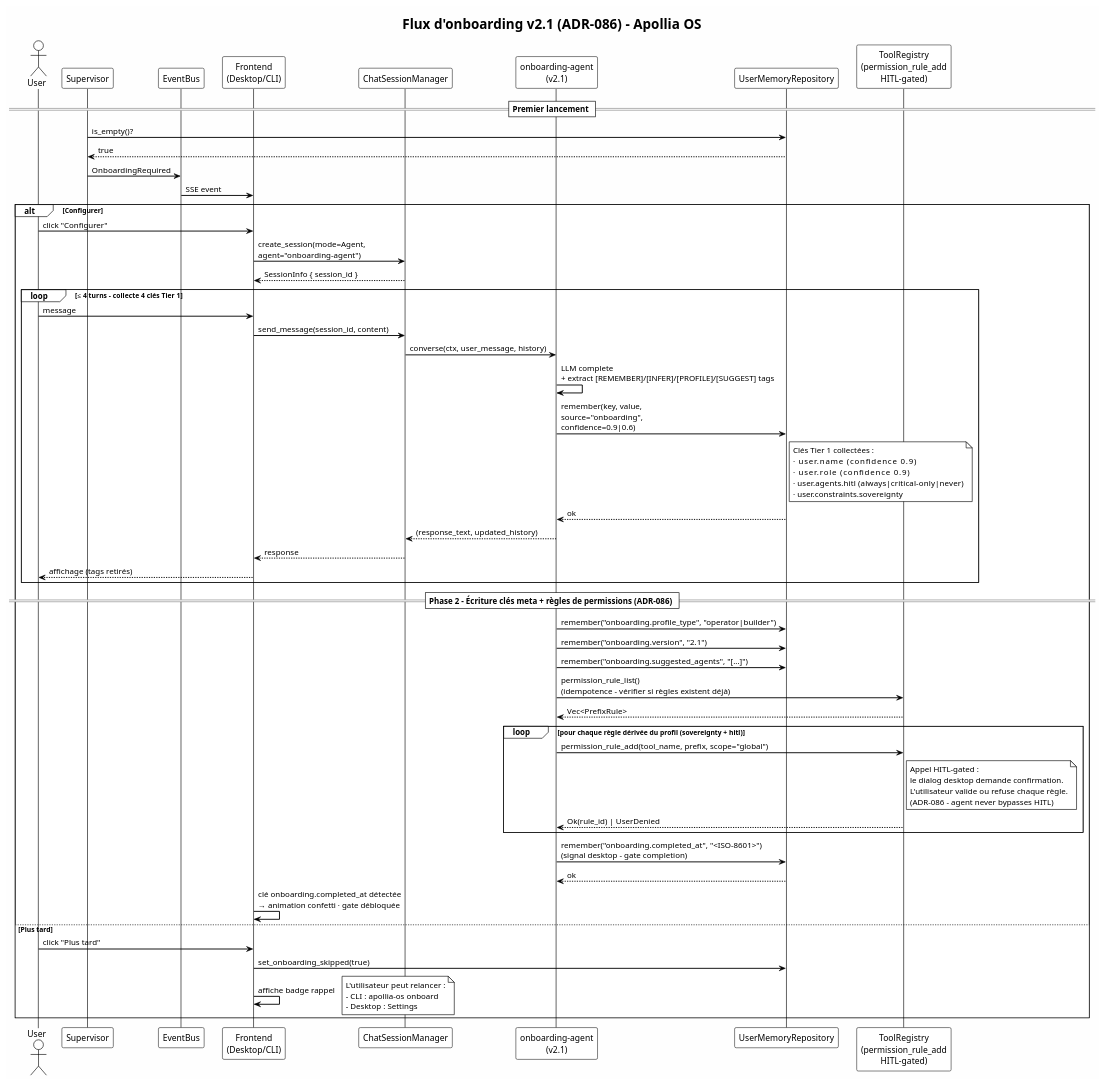
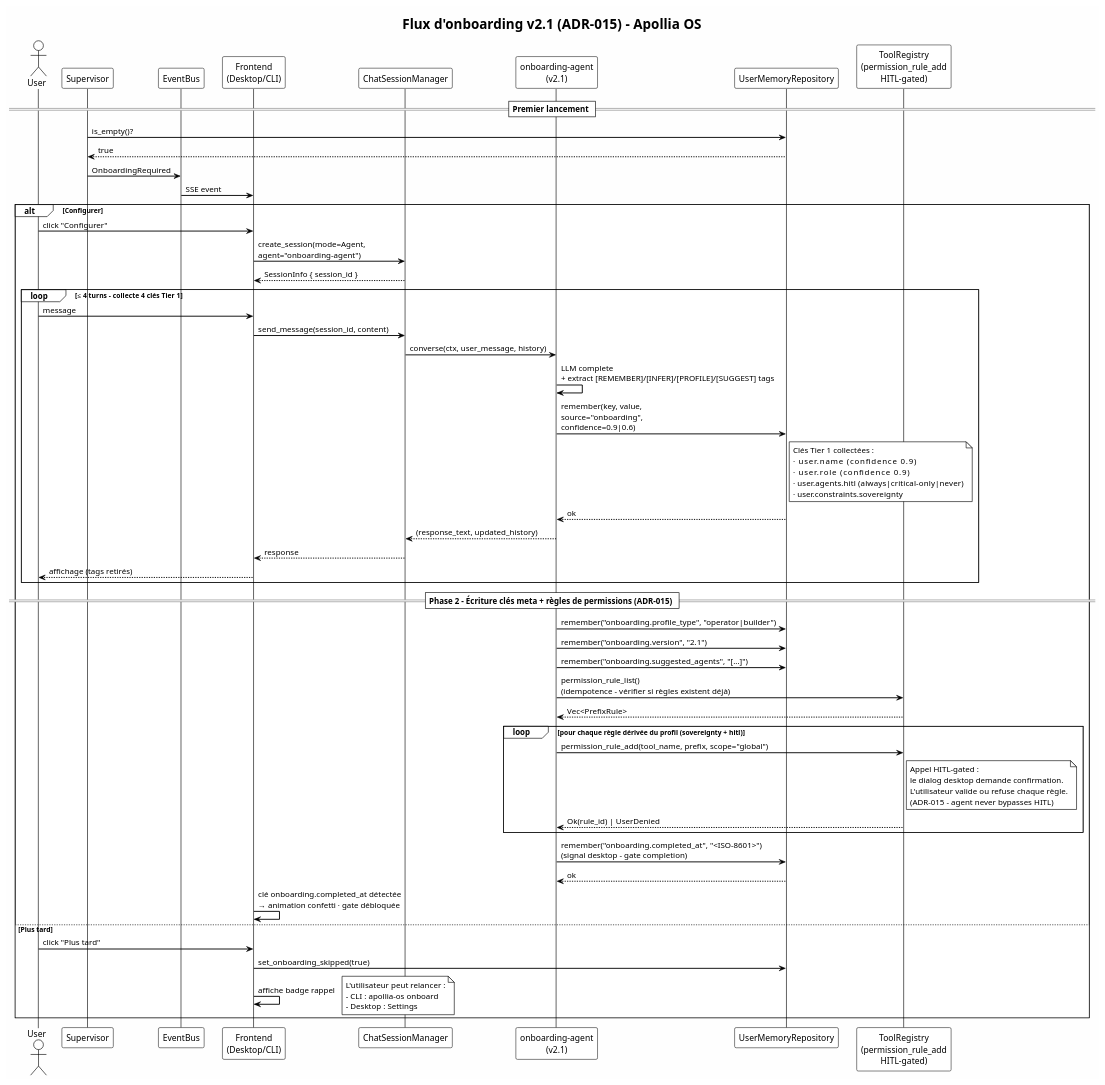
The diagram in docs/diagrams/seq-onboarding-flow.puml (nidal-z/apollia-os), drawn with PlantUML before and after one commit. The commit also changed 266 other files, not shown here.

```diff
--- a/docs/diagrams/seq-onboarding-flow.puml
+++ b/docs/diagrams/seq-onboarding-flow.puml
@@ -1,85 +1,85 @@
 @startuml seq-onboarding-flow
 !theme plain
 skinparam backgroundColor #FEFEFE
 skinparam sequenceArrowThickness 1.5
 skinparam sequenceParticipantBorderColor #333333
 
-title Flux d'onboarding v2.1 (ADR-086) - Apollia OS
+title Flux d'onboarding v2.1 (ADR-015) - Apollia OS
 
 actor User
 participant "Supervisor" as Sup
 participant "EventBus" as Bus
 participant "Frontend\n(Desktop/CLI)" as UI
 participant "ChatSessionManager" as Chat
 participant "onboarding-agent\n(v2.1)" as Agent
 participant "UserMemoryRepository" as Mem
 participant "ToolRegistry\n(permission_rule_add\nHITL-gated)" as Tools
 
 == Premier lancement ==
 
 Sup -> Mem : is_empty()?
 Mem --> Sup : true
 Sup -> Bus : OnboardingRequired
 Bus -> UI : SSE event
 
 alt Configurer
   User -> UI : click "Configurer"
   UI -> Chat : create_session(mode=Agent,\nagent="onboarding-agent")
   Chat --> UI : SessionInfo { session_id }
 
   loop ≤ 4 turns - collecte 4 clés Tier 1
     User -> UI : message
     UI -> Chat : send_message(session_id, content)
     Chat -> Agent : converse(ctx, user_message, history)
     Agent -> Agent : LLM complete\n+ extract [REMEMBER]/[INFER]/[PROFILE]/[SUGGEST] tags
     Agent -> Mem : remember(key, value,\nsource="onboarding",\nconfidence=0.9|0.6)
     note right of Mem
       Clés Tier 1 collectées :
       · user.name          (confidence 0.9)
       · user.role          (confidence 0.9)
       · user.agents.hitl   (always|critical-only|never)
       · user.constraints.sovereignty
     end note
     Mem --> Agent : ok
     Agent --> Chat : (response_text, updated_history)
     Chat --> UI : response
     UI --> User : affichage (tags retirés)
   end
 
-  == Phase 2 - Écriture clés meta + règles de permissions (ADR-086) ==
+  == Phase 2 - Écriture clés meta + règles de permissions (ADR-015) ==
 
   Agent -> Mem : remember("onboarding.profile_type", "operator|builder")
   Agent -> Mem : remember("onboarding.version", "2.1")
   Agent -> Mem : remember("onboarding.suggested_agents", "[...]")
 
   Agent -> Tools : permission_rule_list()\n(idempotence - vérifier si règles existent déjà)
   Tools --> Agent : Vec<PrefixRule>
 
   loop pour chaque règle dérivée du profil (sovereignty + hitl)
     Agent -> Tools : permission_rule_add(tool_name, prefix, scope="global")
     note right of Tools
       Appel HITL-gated :
       le dialog desktop demande confirmation.
       L'utilisateur valide ou refuse chaque règle.
-      (ADR-086 - agent never bypasses HITL)
+      (ADR-015 - agent never bypasses HITL)
     end note
     Tools --> Agent : Ok(rule_id) | UserDenied
   end
 
   Agent -> Mem : remember("onboarding.completed_at", "<ISO-8601>")\n(signal desktop - gate completion)
   Mem --> Agent : ok
 
   UI -> UI : clé onboarding.completed_at détectée\n→ animation confetti · gate débloquée
 
 else Plus tard
   User -> UI : click "Plus tard"
   UI -> Mem : set_onboarding_skipped(true)
   UI -> UI : affiche badge rappel
   note right
     L'utilisateur peut relancer :
     - CLI : apollia-os onboard
     - Desktop : Settings
   end note
 end
 
 @enduml
```
